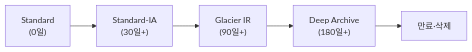
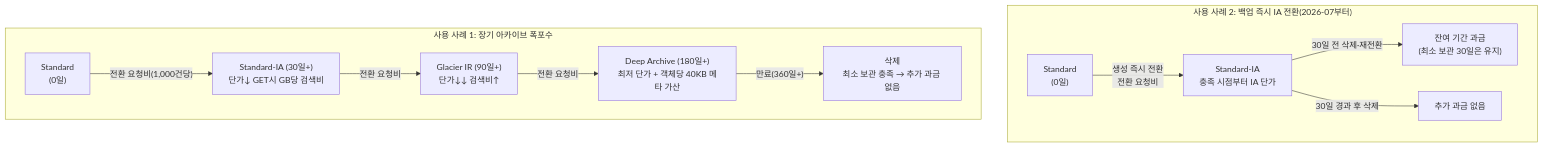
The diagram in docs/blog/posts/Cloud Infra/s3_optimization.md (dotoryeee/blog), drawn with Mermaid before and after one commit. The commit also changed other lines of this file, not shown here.

Commit message:
update: s3 ia instant transition and lifecycle billing flows

````diff
--- a/docs/blog/posts/Cloud Infra/s3_optimization.md
+++ b/docs/blog/posts/Cloud Infra/s3_optimization.md
@@ -80,7 +80,14 @@
 ```mermaid
-graph LR
-    S["Standard<br>(0일)"] --> IA["Standard-IA<br>(30일+)"]
-    IA --> GIR["Glacier IR<br>(90일+)"]
-    GIR --> GDA["Deep Archive<br>(180일+)"]
-    GDA --> EXP["만료·삭제"]
+graph TD
+    subgraph B["사용 사례 2: 백업 즉시 IA 전환(2026-07부터)"]
+        S2["Standard<br>(0일)"] -->|"생성 즉시 전환<br>전환 요청비"| IA2["Standard-IA<br>충족 시점부터 IA 단가"]
+        IA2 -->|"30일 전 삭제·재전환"| EARLY["잔여 기간 과금<br>(최소 보관 30일은 유지)"]
+        IA2 -->|"30일 경과 후 삭제"| OK2["추가 과금 없음"]
+    end
+    subgraph W["사용 사례 1: 장기 아카이브 폭포수"]
+        S["Standard<br>(0일)"] -->|"전환 요청비(1,000건당)"| IA["Standard-IA (30일+)<br>단가↓ GET시 GB당 검색비"]
+        IA -->|"전환 요청비"| GIR["Glacier IR (90일+)<br>단가↓↓ 검색비↑"]
+        GIR -->|"전환 요청비"| GDA["Deep Archive (180일+)<br>최저 단가 + 객체당 40KB 메타 가산"]
+        GDA -->|"만료(360일+)"| EXP["삭제<br>최소 보관 충족 → 추가 과금 없음"]
+    end
 ```
````
